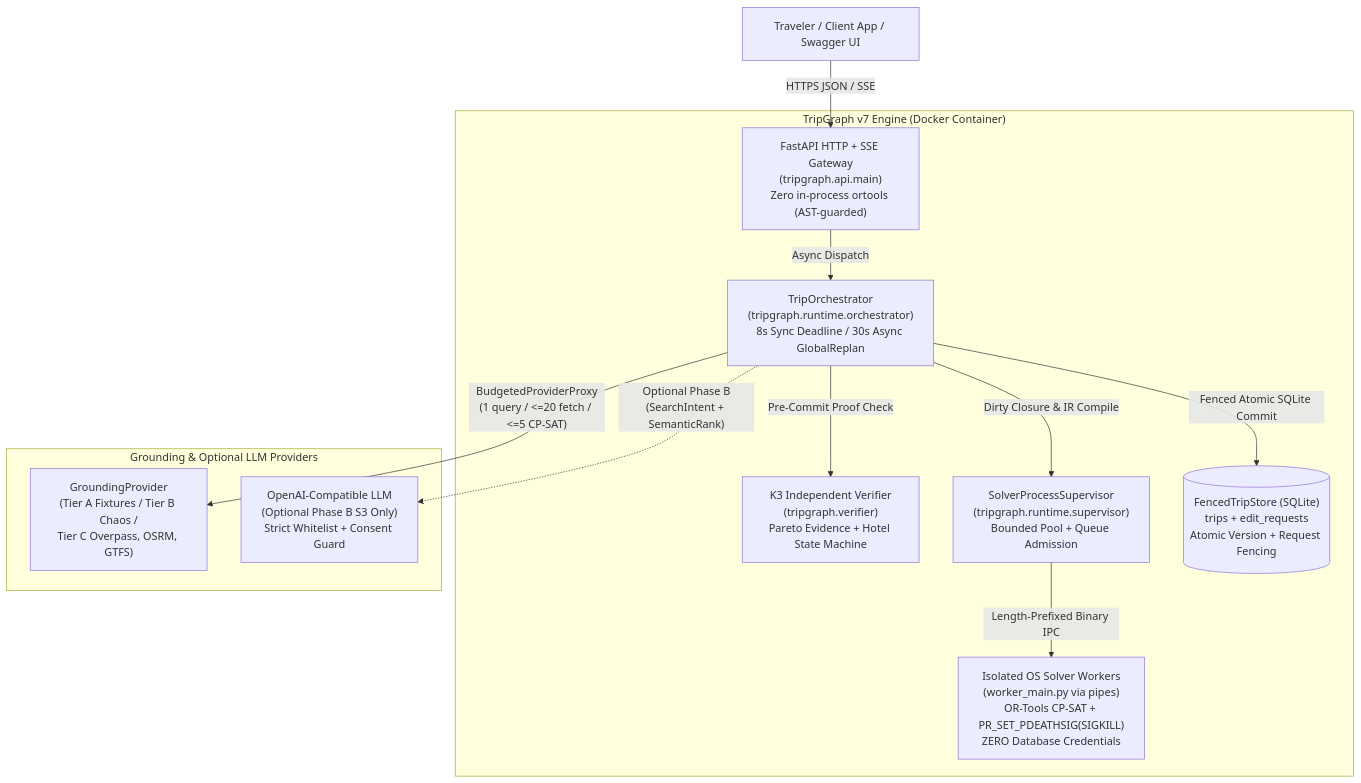
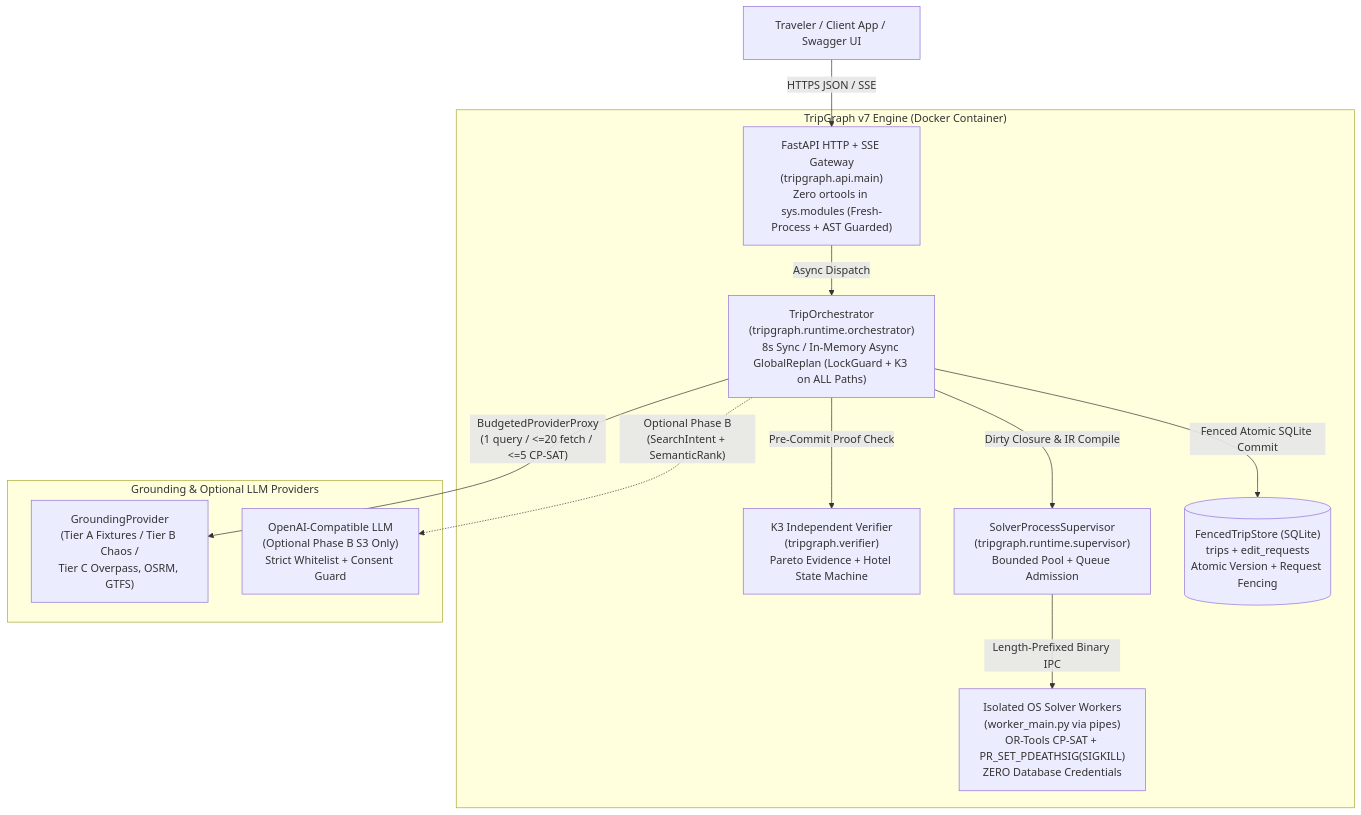
One commit to sainathmanda7/tripgraph-engine changed the first of 9 diagrams in docs/architecture.md. Above: the diagram before and after it, drawn with Mermaid. The commit also changed other lines of this file and 12 other files, not shown here.

````diff
--- a/docs/architecture.md
+++ b/docs/architecture.md
@@ -9,27 +9,27 @@
 ```mermaid
 flowchart TB
     User["Traveler / Client App / Swagger UI"]
 
     subgraph System["TripGraph v7 Engine (Docker Container)"]
-        API["FastAPI HTTP + SSE Gateway<br/>(tripgraph.api.main)<br/>Zero in-process ortools (AST-guarded)"]
-        Orch["TripOrchestrator<br/>(tripgraph.runtime.orchestrator)<br/>8s Sync Deadline / 30s Async GlobalReplan"]
+        API["FastAPI HTTP + SSE Gateway<br/>(tripgraph.api.main)<br/>Zero ortools in sys.modules (Fresh-Process + AST Guarded)"]
+        Orch["TripOrchestrator<br/>(tripgraph.runtime.orchestrator)<br/>8s Sync / In-Memory Async GlobalReplan (LockGuard + K3 on ALL Paths)"]
         Ver["K3 Independent Verifier<br/>(tripgraph.verifier)<br/>Pareto Evidence + Hotel State Machine"]
         Sup["SolverProcessSupervisor<br/>(tripgraph.runtime.supervisor)<br/>Bounded Pool + Queue Admission"]
         Workers["Isolated OS Solver Workers<br/>(worker_main.py via pipes)<br/>OR-Tools CP-SAT + PR_SET_PDEATHSIG(SIGKILL)<br/>ZERO Database Credentials"]
         Store[("FencedTripStore (SQLite)<br/>trips + edit_requests<br/>Atomic Version + Request Fencing")]
     end
 
     subgraph External["Grounding & Optional LLM Providers"]
         Grounding["GroundingProvider<br/>(Tier A Fixtures / Tier B Chaos /<br/>Tier C Overpass, OSRM, GTFS)"]
         LLM["OpenAI-Compatible LLM<br/>(Optional Phase B S3 Only)<br/>Strict Whitelist + Consent Guard"]
     end
 
     User -->|"HTTPS JSON / SSE"| API
     API -->|"Async Dispatch"| Orch
     Orch -->|"Dirty Closure & IR Compile"| Sup
     Orch -->|"Pre-Commit Proof Check"| Ver
     Orch -->|"Fenced Atomic SQLite Commit"| Store
     Orch -->|"BudgetedProviderProxy<br/>(1 query / <=20 fetch / <=5 CP-SAT)"| Grounding
     Orch -.->|"Optional Phase B<br/>(SearchIntent + SemanticRank)"| LLM
     Sup -->|"Length-Prefixed Binary IPC"| Workers
 ```
````
